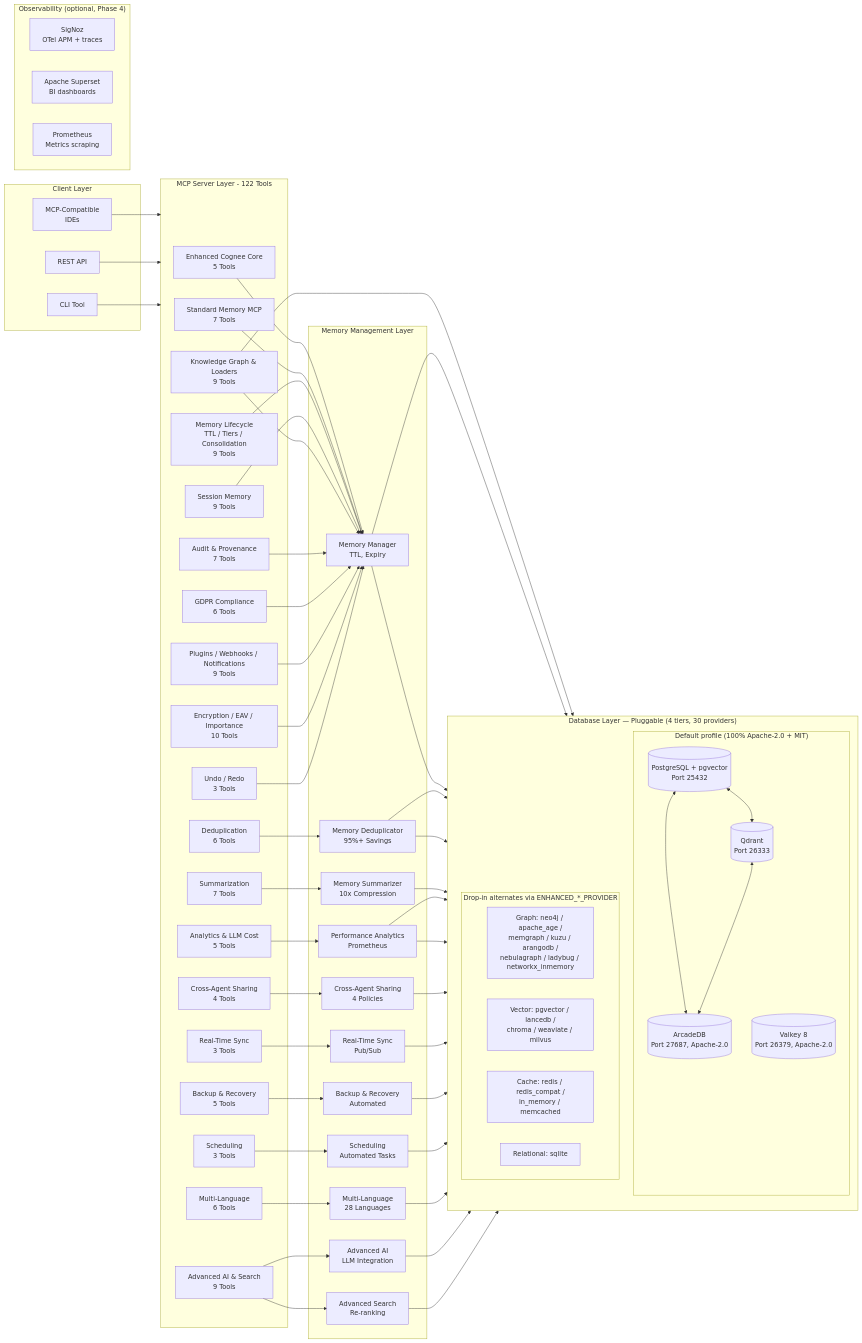
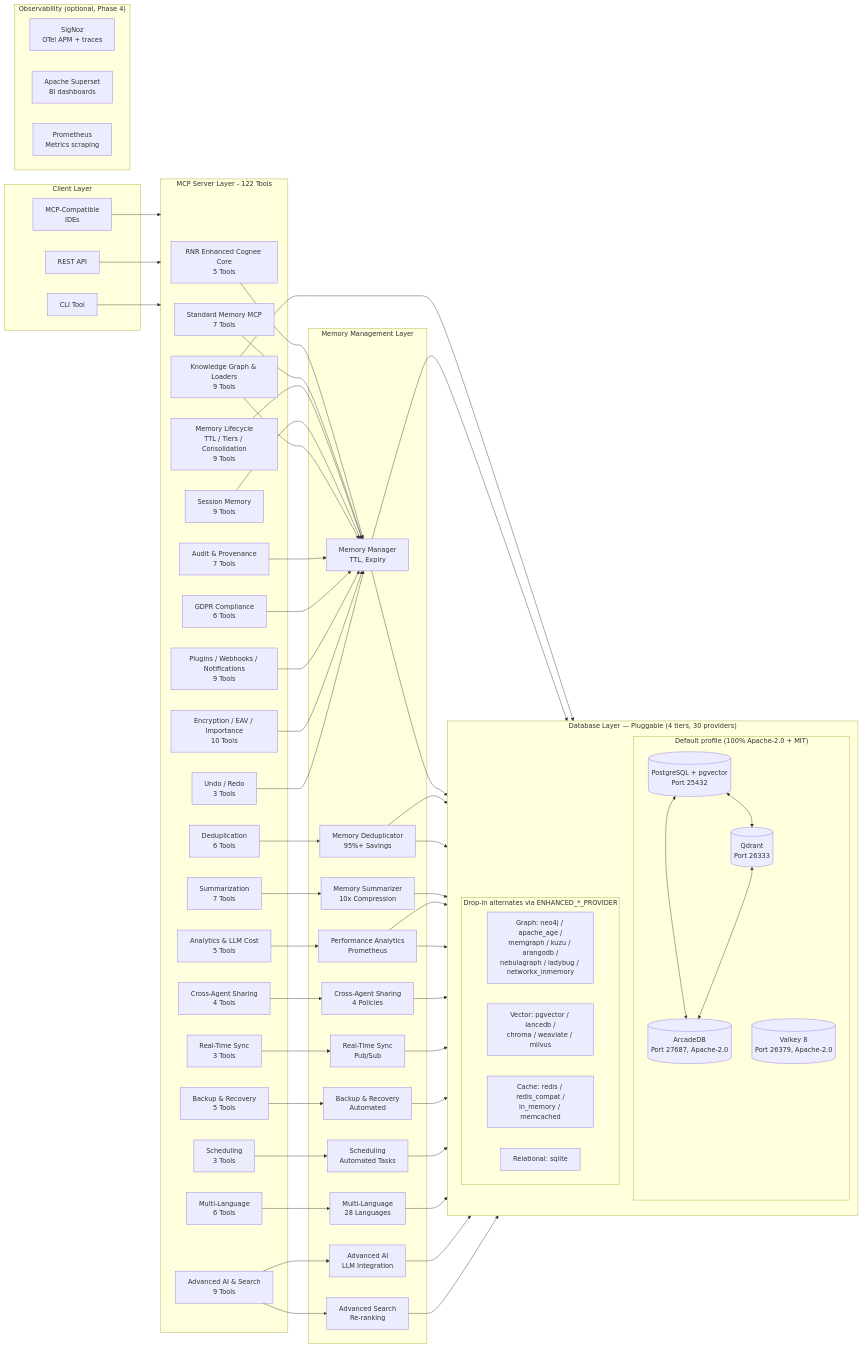
One commit to vincentspereira/Enhanced-Cognee changed the first of 4 diagrams in README.md. Above: the diagram before and after it, drawn with Mermaid. The commit also changed other lines of this file and 464 other files, not shown here.

First line of the commit message:
chore(rename): rebrand references to RNR Enhanced Cognee

```diff
--- a/README.md
+++ b/README.md
@@ -815,7 +815,7 @@
     end
 
     subgraph MCP["MCP Server Layer - 122 Tools"]
-        MCP1[Enhanced Cognee Core<br/>5 Tools]
+        MCP1[RNR Enhanced Cognee Core<br/>5 Tools]
         MCP2[Standard Memory MCP<br/>7 Tools]
         MCP3[Memory Lifecycle<br/>TTL / Tiers / Consolidation<br/>9 Tools]
         MCP4[Deduplication<br/>6 Tools]
```
